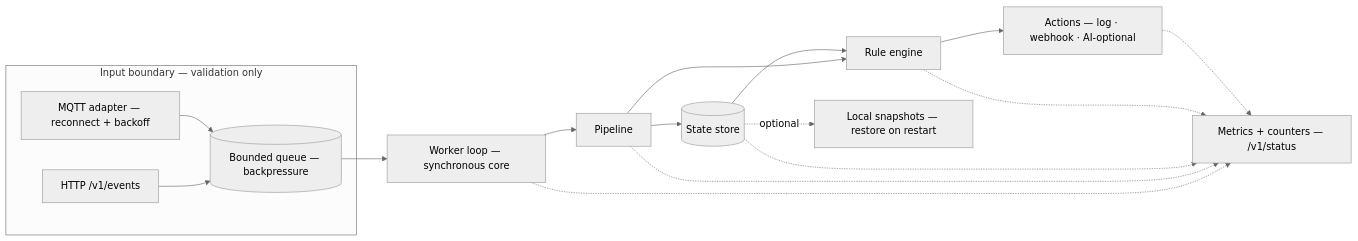
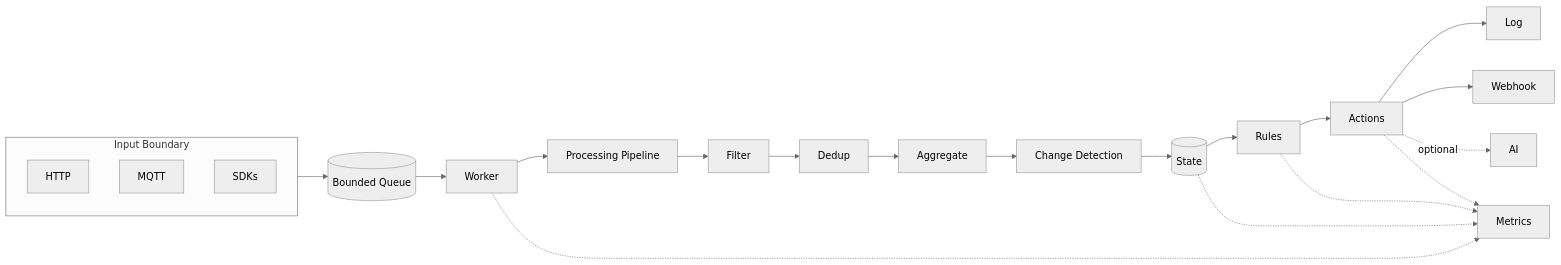
The third of 3 diagrams in README.md (ecocee/Deltu), drawn with Mermaid (neutral theme) before and after one commit. The commit also changed other lines of this file, not shown here.

````diff
--- a/README.md
+++ b/README.md
@@ -132,17 +287,34 @@
 ```mermaid
 flowchart LR
-    subgraph boundary["Input boundary — validation only"]
-        HTTP["HTTP /v1/events"] --> Q
-        MQTT["MQTT adapter — reconnect + backoff"] --> Q
+    subgraph INPUT["Input Boundary"]
+        HTTP["HTTP"]
+        MQTT["MQTT"]
+        SDK["SDKs"]
     end
-    Q[("Bounded queue — backpressure")] --> W["Worker loop — synchronous core"]
-    W --> P["Pipeline"] --> ST[("State store")]
-    P --> RU["Rule engine"] --> AC["Actions — log · webhook · AI-optional"]
-    ST --> RU
-    W -.-> M["Metrics + counters — /v1/status"]
-    P -.-> M
-    ST -.-> M
-    RU -.-> M
+
+    INPUT --> Q[("Bounded Queue")]
+
+    Q --> W["Worker"]
+
+    W --> P["Processing Pipeline"]
+
+    P --> F["Filter"]
+    F --> D["Dedup"]
+    D --> A["Aggregate"]
+    A --> C["Change Detection"]
+
+    C --> S[("State")]
+
+    S --> R["Rules"]
+
+    R --> AC["Actions"]
+
+    AC --> L["Log"]
+    AC --> WH["Webhook"]
+    AC -. optional .-> AI["AI"]
+
+    W -.-> M["Metrics"]
+    S -.-> M
+    R -.-> M
     AC -.-> M
-    ST -.->|optional| PS["Local snapshots — restore on restart"]
 ```
````
